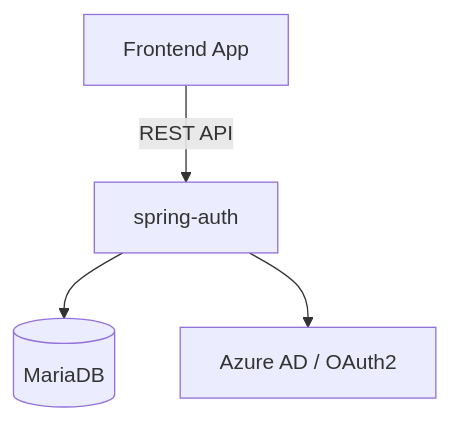
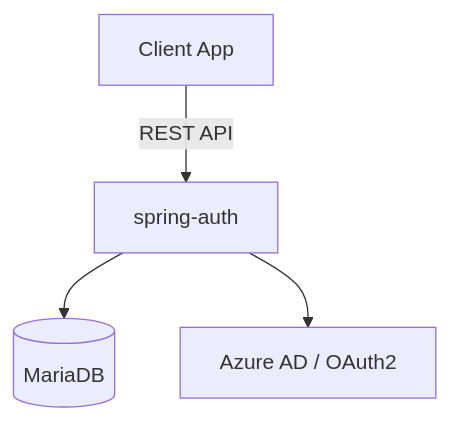
Before and after one commit to OrifInformatique/spring-auth: the first of 4 diagrams in docs/process-documentation.md, drawn with Mermaid. The commit also changed other lines of this file and 132 other files, not shown here.

````diff
--- a/docs/process-documentation.md
+++ b/docs/process-documentation.md
@@ -56,6 +67,6 @@
 ```mermaid
 graph TD
-    A[Frontend App] -->|REST API| B[spring-auth]
+    A[Client App] -->|REST API| B[spring-auth]
     B --> C[(MariaDB)]
     B --> D[Azure AD / OAuth2]
 ```
````
